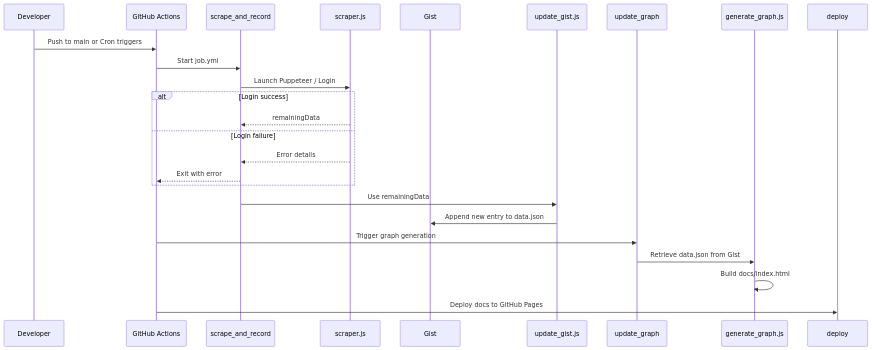
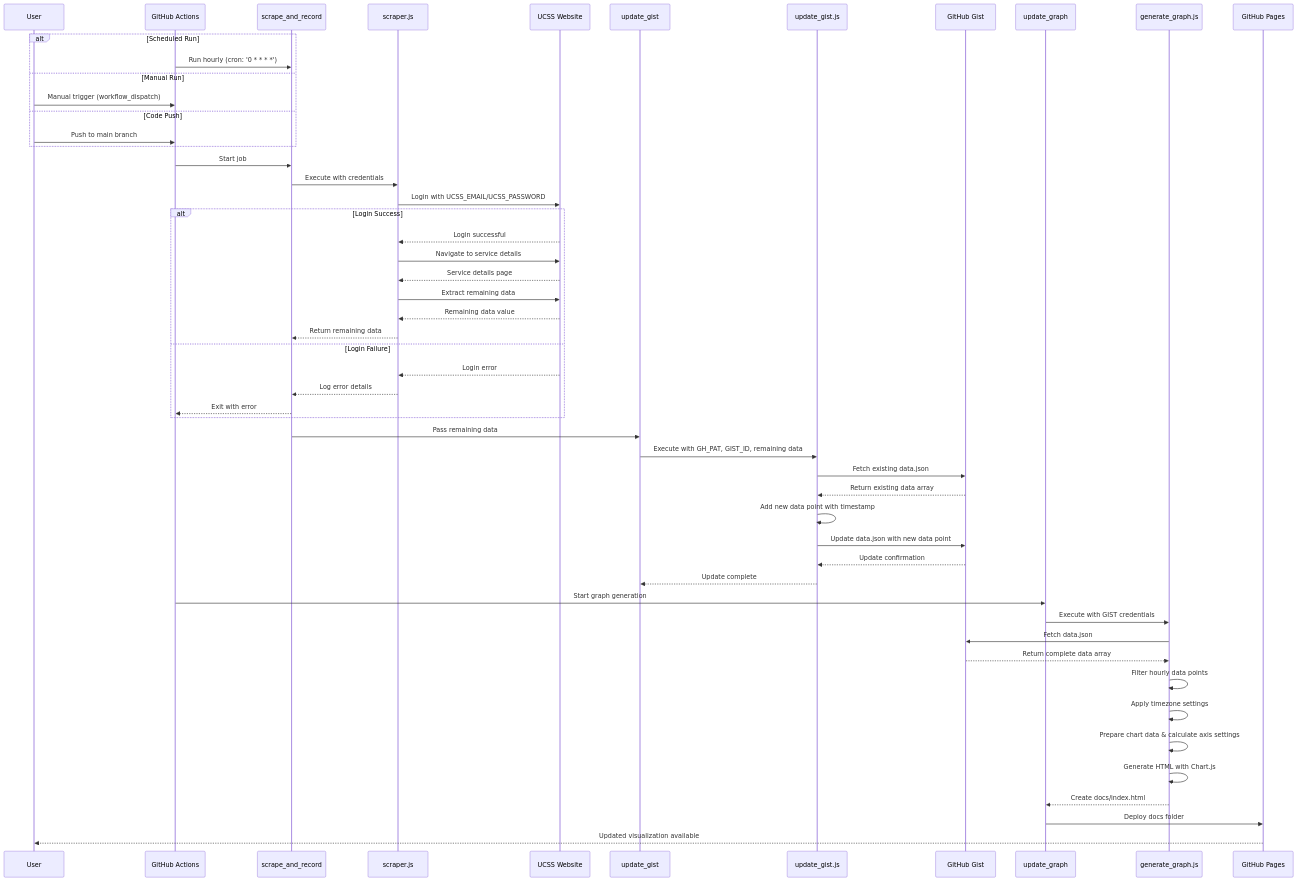
Before and after one commit to yasugahira0810/UCSSMonitor: the diagram in docs/sequenceDiagram.md, drawn with Mermaid. The commit also changed 4 other files, not shown here.

````diff
--- a/docs/sequenceDiagram.md
+++ b/docs/sequenceDiagram.md
@@ -1,28 +1,65 @@
 ```mermaid
 sequenceDiagram
-    participant Developer
-    participant GitHub Actions
-    participant scrape_and_record
-    participant scraper.js
-    participant Gist
-    participant update_gist.js
-    participant update_graph
-    participant generate_graph.js
-    participant deploy
+    participant User
+    participant GitHubActions as GitHub Actions
+    participant ScraperJob as scrape_and_record
+    participant Scraper as scraper.js
+    participant UndercurrentSS as UCSS Website
+    participant GistJob as update_gist
+    participant UpdateGist as update_gist.js
+    participant GitHubGist as GitHub Gist
+    participant GraphJob as update_graph
+    participant GenGraph as generate_graph.js
+    participant GitHubPages as GitHub Pages
 
-    Developer->>GitHub Actions: Push to main or Cron triggers
-    GitHub Actions->>scrape_and_record: Start job.yml
-    scrape_and_record->>scraper.js: Launch Puppeteer / Login
-    alt Login success
-        scraper.js-->>scrape_and_record: remainingData
-    else Login failure
-        scraper.js-->>scrape_and_record: Error details
-        scrape_and_record-->>GitHub Actions: Exit with error
+    %% Triggering the workflow
+    alt Scheduled Run
+        GitHubActions->>ScraperJob: Run hourly (cron: '0 * * * *')
+    else Manual Run
+        User->>GitHubActions: Manual trigger (workflow_dispatch)
+    else Code Push
+        User->>GitHubActions: Push to main branch
     end
-    scrape_and_record->>update_gist.js: Use remainingData
-    update_gist.js->>Gist: Append new entry to data.json
-    GitHub Actions->>update_graph: Trigger graph generation
-    update_graph->>generate_graph.js: Retrieve data.json from Gist
-    generate_graph.js->>generate_graph.js: Build docs/index.html
-    GitHub Actions->>deploy: Deploy docs to GitHub Pages
+
+    %% Scraper job
+    GitHubActions->>ScraperJob: Start job
+    ScraperJob->>Scraper: Execute with credentials
+    Scraper->>UndercurrentSS: Login with UCSS_EMAIL/UCSS_PASSWORD
+    alt Login Success
+        UndercurrentSS-->>Scraper: Login successful
+        Scraper->>UndercurrentSS: Navigate to service details
+        UndercurrentSS-->>Scraper: Service details page
+        Scraper->>UndercurrentSS: Extract remaining data
+        UndercurrentSS-->>Scraper: Remaining data value
+        Scraper-->>ScraperJob: Return remaining data
+    else Login Failure
+        UndercurrentSS-->>Scraper: Login error
+        Scraper-->>ScraperJob: Log error details
+        ScraperJob-->>GitHubActions: Exit with error
+    end
+
+    %% Update Gist job (part of scrape_and_record)
+    ScraperJob->>GistJob: Pass remaining data
+    GistJob->>UpdateGist: Execute with GH_PAT, GIST_ID, remaining data
+    UpdateGist->>GitHubGist: Fetch existing data.json
+    GitHubGist-->>UpdateGist: Return existing data array
+    UpdateGist->>UpdateGist: Add new data point with timestamp
+    UpdateGist->>GitHubGist: Update data.json with new data point
+    GitHubGist-->>UpdateGist: Update confirmation
+    UpdateGist-->>GistJob: Update complete
+
+    %% Generate graph job
+    GitHubActions->>GraphJob: Start graph generation
+    GraphJob->>GenGraph: Execute with GIST credentials
+    GenGraph->>GitHubGist: Fetch data.json
+    GitHubGist-->>GenGraph: Return complete data array
+    GenGraph->>GenGraph: Filter hourly data points
+    GenGraph->>GenGraph: Apply timezone settings
+    GenGraph->>GenGraph: Prepare chart data & calculate axis settings
+    GenGraph->>GenGraph: Generate HTML with Chart.js
+    GenGraph-->>GraphJob: Create docs/index.html
+
+    %% Deployment
+    GraphJob->>GitHubPages: Deploy docs folder
+    GitHubPages-->>User: Updated visualization available
 ```
````
